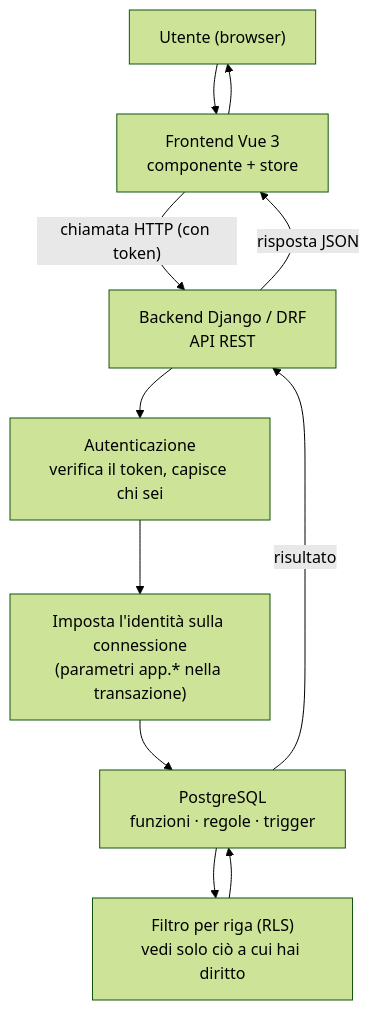
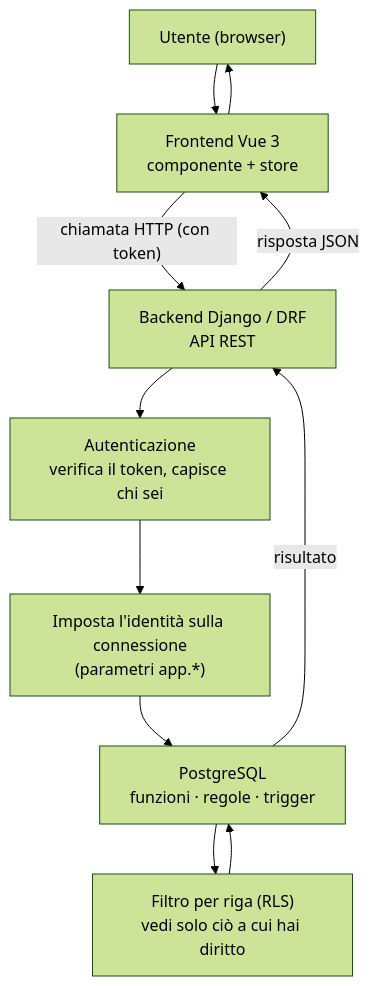
Before and after one commit to Tito-it/ZeroErp: the diagram in docs/it/architettura.md, drawn with Mermaid (forest theme). The commit also changed other lines of this file and 82 other files, not shown here.

````diff
--- a/docs/it/architettura.md
+++ b/docs/it/architettura.md
@@ -39,13 +45,13 @@
 ```mermaid
 flowchart TD
     U["Utente (browser)"] --> V["Frontend Vue 3<br/>componente + store"]
     V -->|"chiamata HTTP (con token)"| API["Backend Django / DRF<br/>API REST"]
     API --> AUTH["Autenticazione<br/>verifica il token, capisce chi sei"]
-    AUTH --> GUC["Imposta l'identità sulla connessione<br/>(parametri app.* nella transazione)"]
+    AUTH --> GUC["Imposta l'identità sulla connessione<br/>(parametri app.*)"]
     GUC --> DB["PostgreSQL<br/>funzioni · regole · trigger"]
     DB --> RLS["Filtro per riga (RLS)<br/>vedi solo ciò a cui hai diritto"]
     RLS --> DB
     DB -->|"risultato"| API
     API -->|"risposta JSON"| V
     V --> U
 ```
````
